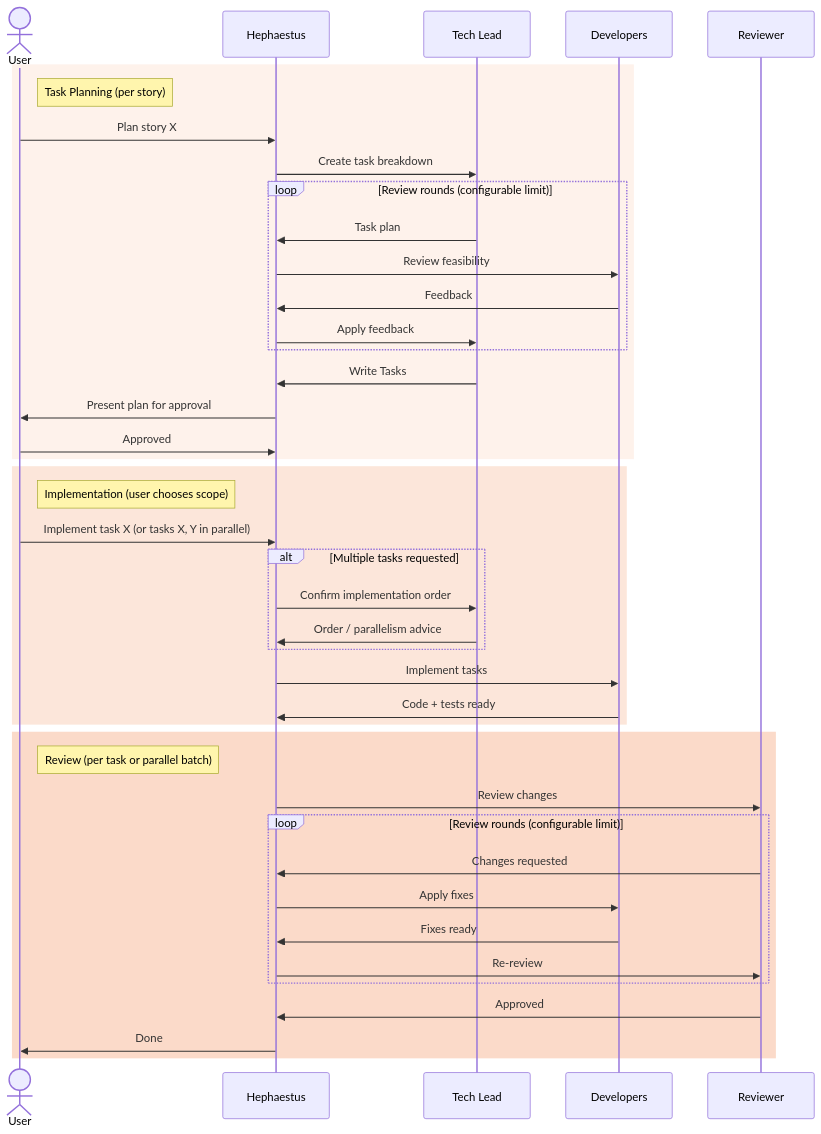
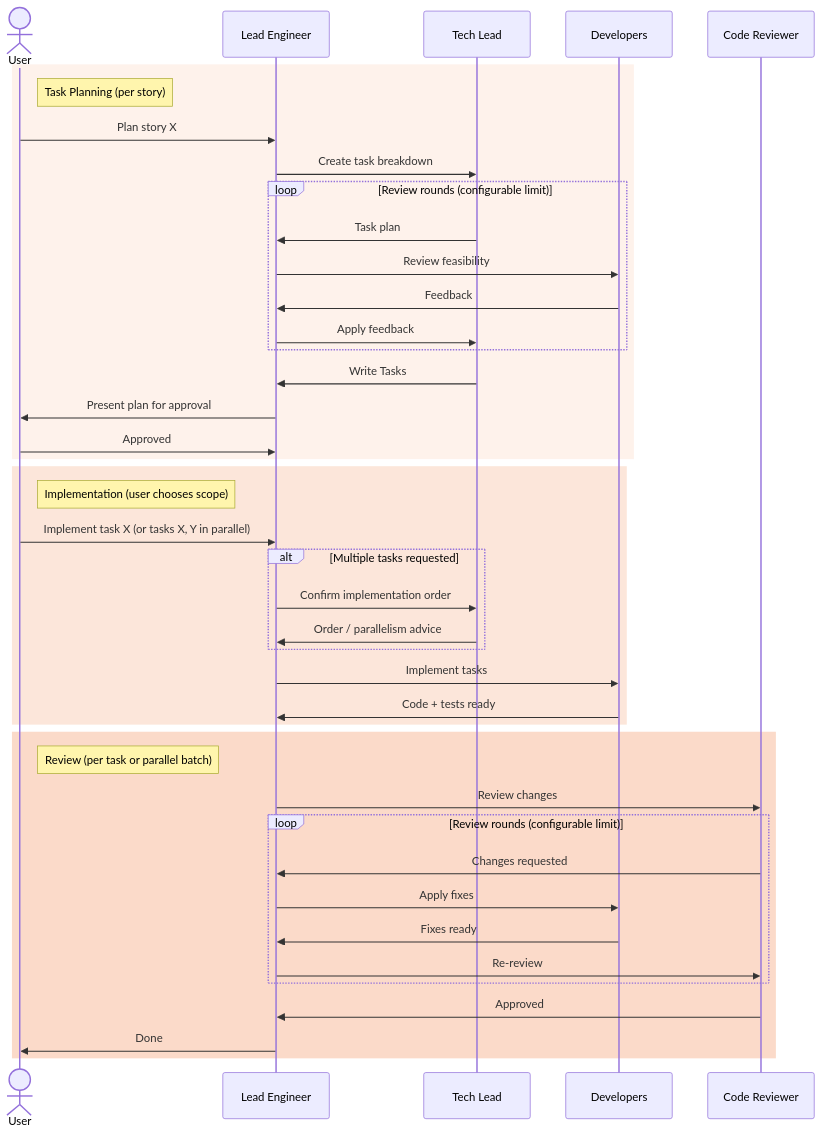
One commit to dragoscirjan/opencode-config changed the sixth of 6 diagrams in README_DEV.md. Above: the diagram before and after it, drawn with Mermaid. The commit also changed other lines of this file and 105 other files, not shown here.

````diff
--- a/README_DEV.md
+++ b/README_DEV.md
@@ -193,47 +193,47 @@
 ```mermaid
 sequenceDiagram
     actor User
-    participant H as Hephaestus
+    participant LE as Lead Engineer
     participant TL as Tech Lead
     participant Devs as Developers
-    participant Rev as Reviewer
+    participant Rev as Code Reviewer
 
     rect rgb(234, 88, 12, 0.08)
     note right of User: Task Planning (per story)
-    User->>H: Plan story X
-    H->>TL: Create task breakdown
+    User->>LE: Plan story X
+    LE->>TL: Create task breakdown
     loop Review rounds (configurable limit)
-        TL->>H: Task plan
-        H->>Devs: Review feasibility
-        Devs->>H: Feedback
-        H->>TL: Apply feedback
+        TL->>LE: Task plan
+        LE->>Devs: Review feasibility
+        Devs->>LE: Feedback
+        LE->>TL: Apply feedback
     end
-    TL->>H: Write Tasks
-    H->>User: Present plan for approval
-    User->>H: Approved
+    TL->>LE: Write Tasks
+    LE->>User: Present plan for approval
+    User->>LE: Approved
     end
 
     rect rgb(234, 88, 12, 0.15)
     note right of User: Implementation (user chooses scope)
-    User->>H: Implement task X (or tasks X, Y in parallel)
+    User->>LE: Implement task X (or tasks X, Y in parallel)
     alt Multiple tasks requested
-        H->>TL: Confirm implementation order
-        TL->>H: Order / parallelism advice
+        LE->>TL: Confirm implementation order
+        TL->>LE: Order / parallelism advice
     end
-    H->>Devs: Implement tasks
-    Devs->>H: Code + tests ready
+    LE->>Devs: Implement tasks
+    Devs->>LE: Code + tests ready
     end
 
     rect rgb(234, 88, 12, 0.22)
     note right of User: Review (per task or parallel batch)
-    H->>Rev: Review changes
+    LE->>Rev: Review changes
     loop Review rounds (configurable limit)
-        Rev->>H: Changes requested
-        H->>Devs: Apply fixes
-        Devs->>H: Fixes ready
-        H->>Rev: Re-review
+        Rev->>LE: Changes requested
+        LE->>Devs: Apply fixes
+        Devs->>LE: Fixes ready
+        LE->>Rev: Re-review
     end
-    Rev->>H: Approved
-    H->>User: Done
+    Rev->>LE: Approved
+    LE->>User: Done
     end
 ```
````
